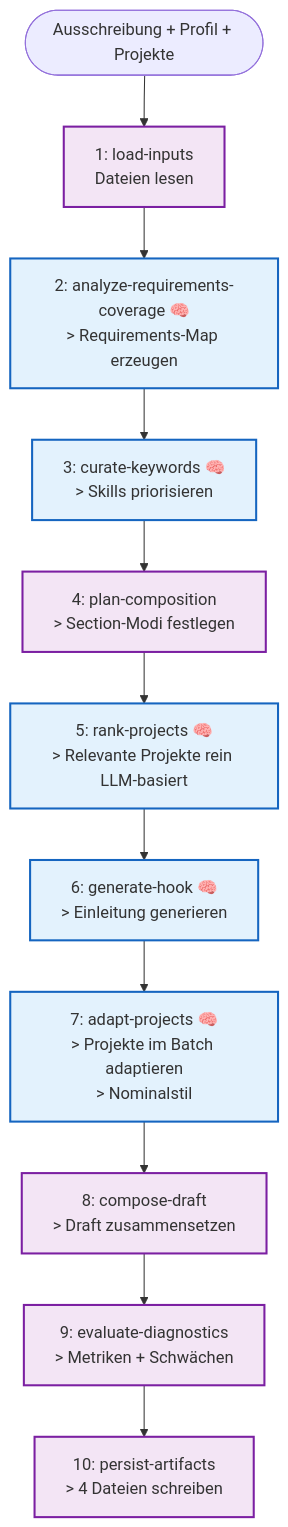
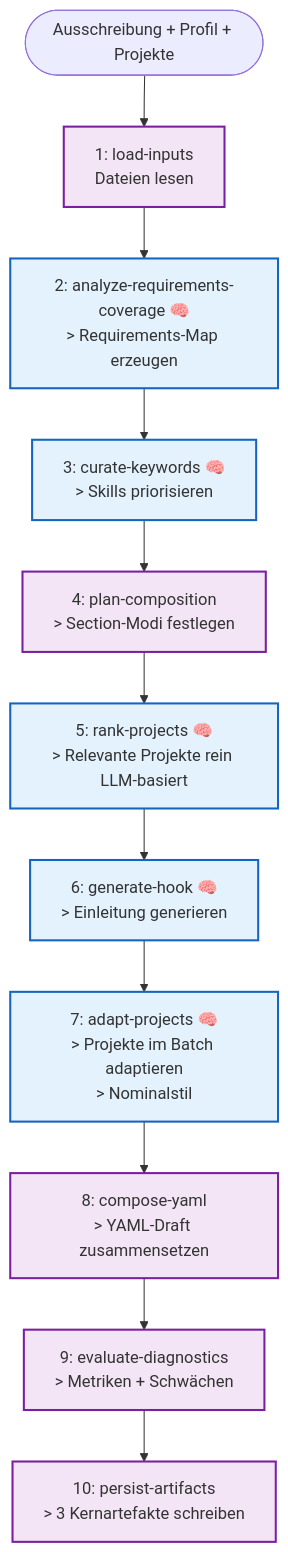
Before and after one commit to yoheines/freelancer-profil-tool: the second of 5 diagrams in docs/architecture.md, drawn with Mermaid. The commit also changed other lines of this file and 44 other files, not shown here.

````diff
--- a/docs/architecture.md
+++ b/docs/architecture.md
@@ -81,29 +87,29 @@
 ```mermaid
 flowchart TB
     START(["Ausschreibung + Profil + Projekte"])
 
     L0["1: load-inputs<br/>Dateien lesen"]:::det
 
     M["2: analyze-requirements-coverage 🧠<br/>> Requirements-Map erzeugen"]:::llm
 
     C["3: curate-keywords 🧠<br/>> Skills priorisieren"]:::llm
 
     D["4: plan-composition<br/>> Section-Modi festlegen"]:::det
 
     R["5: rank-projects 🧠<br/>> Relevante Projekte rein LLM-basiert"]:::llm
 
     F["6: generate-hook 🧠<br/>> Einleitung generieren"]:::llm
 
     G["7: adapt-projects 🧠<br/>> Projekte im Batch adaptieren<br/>> Nominalstil"]:::llm
 
-    H["8: compose-draft<br/>> Draft zusammensetzen"]:::det
+    H["8: compose-yaml<br/>> YAML-Draft zusammensetzen"]:::det
 
     I["9: evaluate-diagnostics<br/>> Metriken + Schwächen"]:::det
 
-    J["10: persist-artifacts<br/>> 4 Dateien schreiben"]:::det
+    J["10: persist-artifacts<br/>> 3 Kernartefakte schreiben"]:::det
 
     START --> L0 --> M --> C --> D --> R --> F --> G --> H --> I --> J
 
     classDef llm fill:#e3f2fd,stroke:#1565c0,stroke-width:2px
     classDef det fill:#f3e5f5,stroke:#7b1fa2,stroke-width:2px
 ```
````
